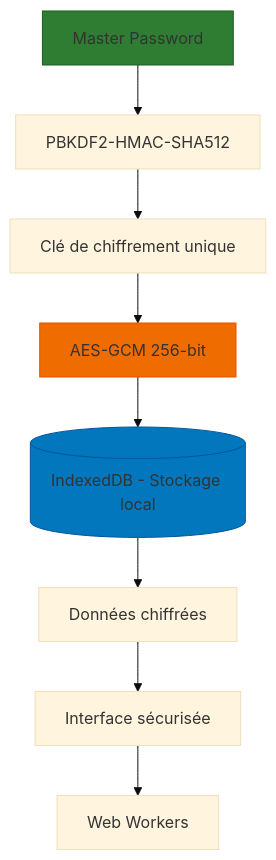
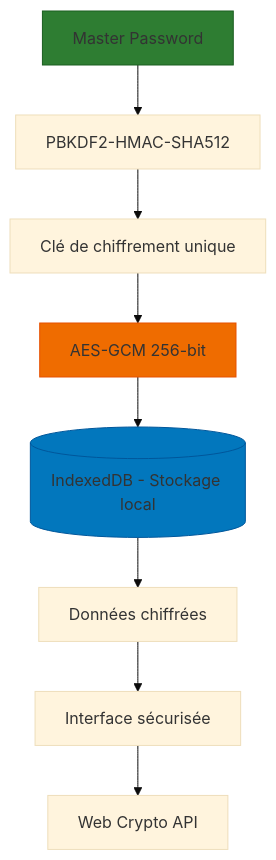
One commit to Giscolab/CryptoKeep changed the first of 4 diagrams in README.md. Above: the diagram before and after it, drawn with Mermaid (base theme). The commit also changed other lines of this file and 29 other files, not shown here.

````diff
--- a/README.md
+++ b/README.md
@@ -18,13 +18,13 @@
 ```mermaid
 graph TD
   A[Master Password] --> B[PBKDF2-HMAC-SHA512]
   B --> C[Clé de chiffrement unique]
   C --> D[AES-GCM 256-bit]
   D --> E[(IndexedDB - Stockage local)]
   E --> F[Données chiffrées]
   F --> G[Interface sécurisée]
-  G --> H[Web Workers]
+  G --> H[Web Crypto API]
   style A fill:#2E7D32,stroke:#1B5E20
   style D fill:#EF6C00,stroke:#E65100
   style E fill:#0277BD,stroke:#01579B
 ```
````
